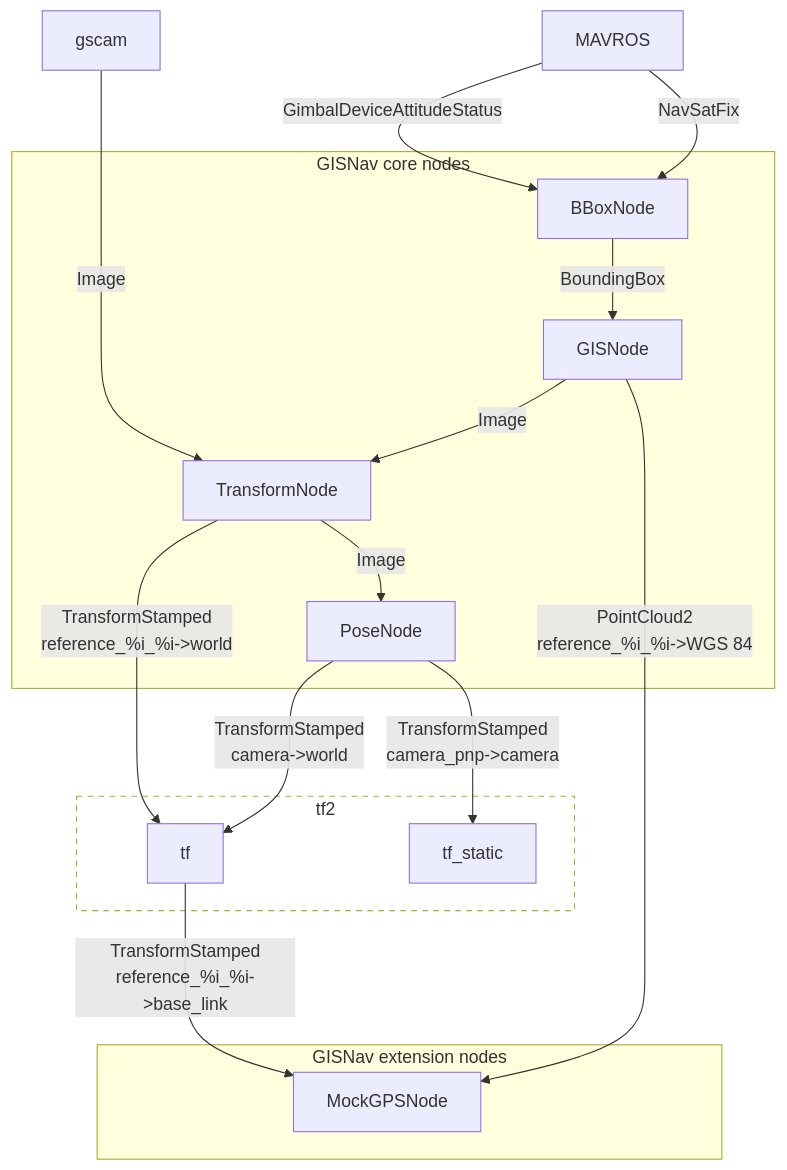
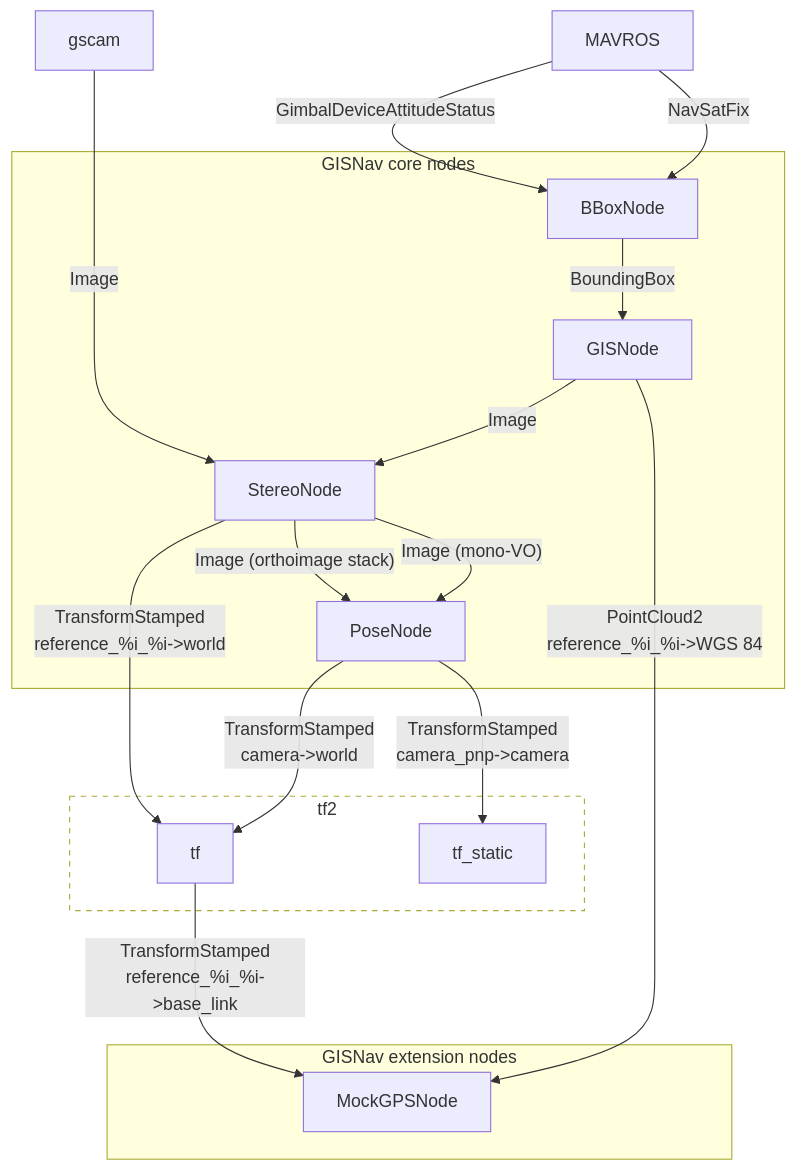
Before and after one commit to hmakelin/gisnav: the first of 2 diagrams in docs/pages/developer_guide/integration/ros_messaging.rst, drawn with Mermaid. The commit also changed other lines of this file and 14 other files, not shown here.

```diff
--- a/docs/pages/developer_guide/integration/ros_messaging.rst
+++ b/docs/pages/developer_guide/integration/ros_messaging.rst
@@ -13,33 +13,34 @@
 .. mermaid::
     :caption: Nodes and published topics
 
     graph TB
         MAVROS -->|"NavSatFix"| BBoxNode
         MAVROS -->|"GimbalDeviceAttitudeStatus"| BBoxNode
 
         subgraph core["GISNav core nodes"]
             BBoxNode -->|"BoundingBox"| GISNode
-            GISNode -->|"Image"| TransformNode
-            TransformNode -->|"Image"| PoseNode
+            GISNode -->|"Image"| StereoNode
+            StereoNode -->|"Image (mono-VO)"| PoseNode
+            StereoNode -->|"Image (orthoimage stack)"| PoseNode
         end
 
         subgraph tf2
             tf["tf"]
             tf_static["tf_static"]
         end
 
         subgraph extension["GISNav extension nodes"]
             MockGPSNode["MockGPSNode"]
         end
 
-        gscam ---->|"Image"| TransformNode
+        gscam ---->|"Image"| StereoNode
 
         GISNode -->|"PointCloud2\nreference_%i_%i->WGS 84"| MockGPSNode
         tf -->|"TransformStamped\nreference_%i_%i->base_link"| MockGPSNode
 
         PoseNode -->|"TransformStamped\ncamera->world"| tf
         PoseNode -->|"TransformStamped\ncamera_pnp->camera"| tf_static
-        TransformNode -->|"TransformStamped\nreference_%i_%i->world"| tf
+        StereoNode -->|"TransformStamped\nreference_%i_%i->world"| tf
 
         classDef tfClass fill:transparent,stroke-dasharray:5 5;
         class tf2 tfClass
```
